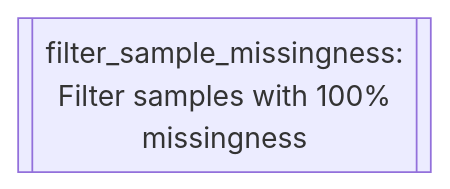
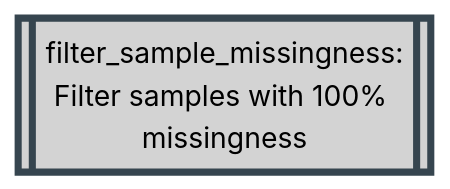
One commit to Tuks-ICMM/Pharmacogenetic-Analysis-Pipeline changed diagram 15 of 34 in docs/02-workflow/02-methodology-summary.md. Above: the diagram before and after it, drawn with Mermaid. The commit also changed other lines of this file, not shown here.

````diff
--- a/docs/02-workflow/02-methodology-summary.md
+++ b/docs/02-workflow/02-methodology-summary.md
@@ -711,4 +824,8 @@
   ```mermaid
   flowchart TD
-    filter_sample_missingness[[filter_sample_missingness:\nFilter samples with 100%\nmissingness]]
+    classDef plink stroke:#36454F,fill:#D3D3D3,stroke-width:4px,color:black;
+
+    filter_sample_missingness[[filter_sample_missingness:
+Filter samples with 100% missingness]]
+    class filter_sample_missingness plink;
   ```
````
